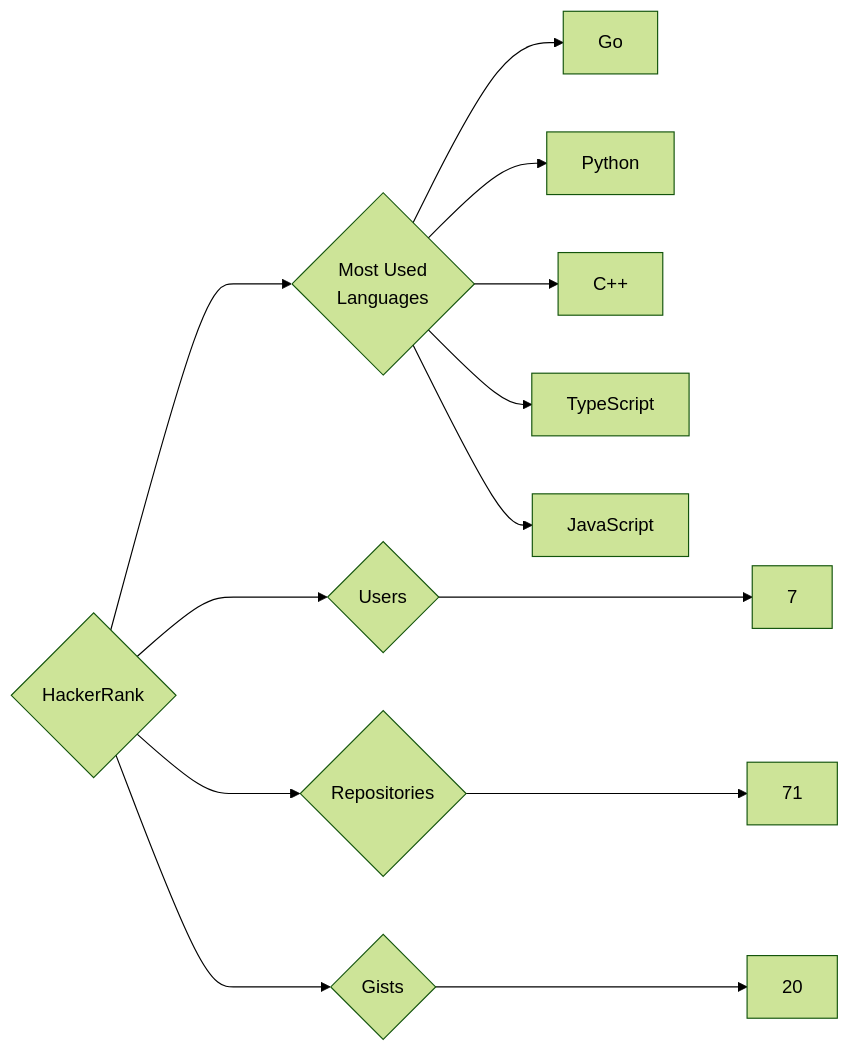
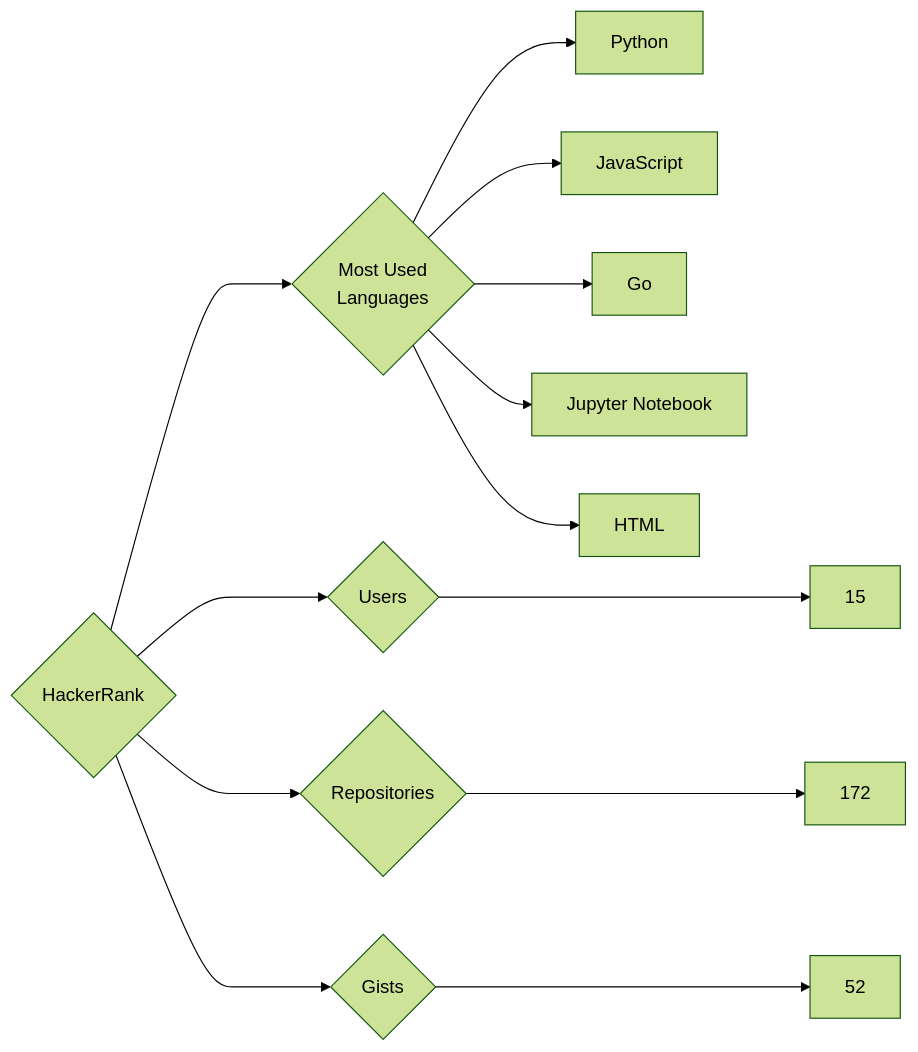
One commit to trickest/insiders changed the diagram in targets/HackerRank/README.md. Above: the diagram before and after it, drawn with Mermaid (forest theme). The commit also changed 1166 other files, not shown here.

````diff
--- a/targets/HackerRank/README.md
+++ b/targets/HackerRank/README.md
@@ -3,13 +3,13 @@
 ```mermaid
 graph LR
 COMPANY_NAME{HackerRank}
-COMPANY_NAME ---> U{Users} ---> UN[7]
-COMPANY_NAME ---> R{Repositories} ---> RN[71]
-COMPANY_NAME ---> G{Gists} ---> GN[20]
+COMPANY_NAME ---> U{Users} ---> UN[15]
+COMPANY_NAME ---> R{Repositories} ---> RN[172]
+COMPANY_NAME ---> G{Gists} ---> GN[52]
 COMPANY_NAME ---> ML{Most Used<br>Languages}
+ML --> Python[Python]
+ML --> JavaScript[JavaScript]
 ML --> Go[Go]
-ML --> Python[Python]
-ML --> C++[C++]
-ML --> TypeScript[TypeScript]
-ML --> JavaScript[JavaScript]
+ML --> Jupyter_Notebook[Jupyter Notebook]
+ML --> HTML[HTML]
 ```
````
